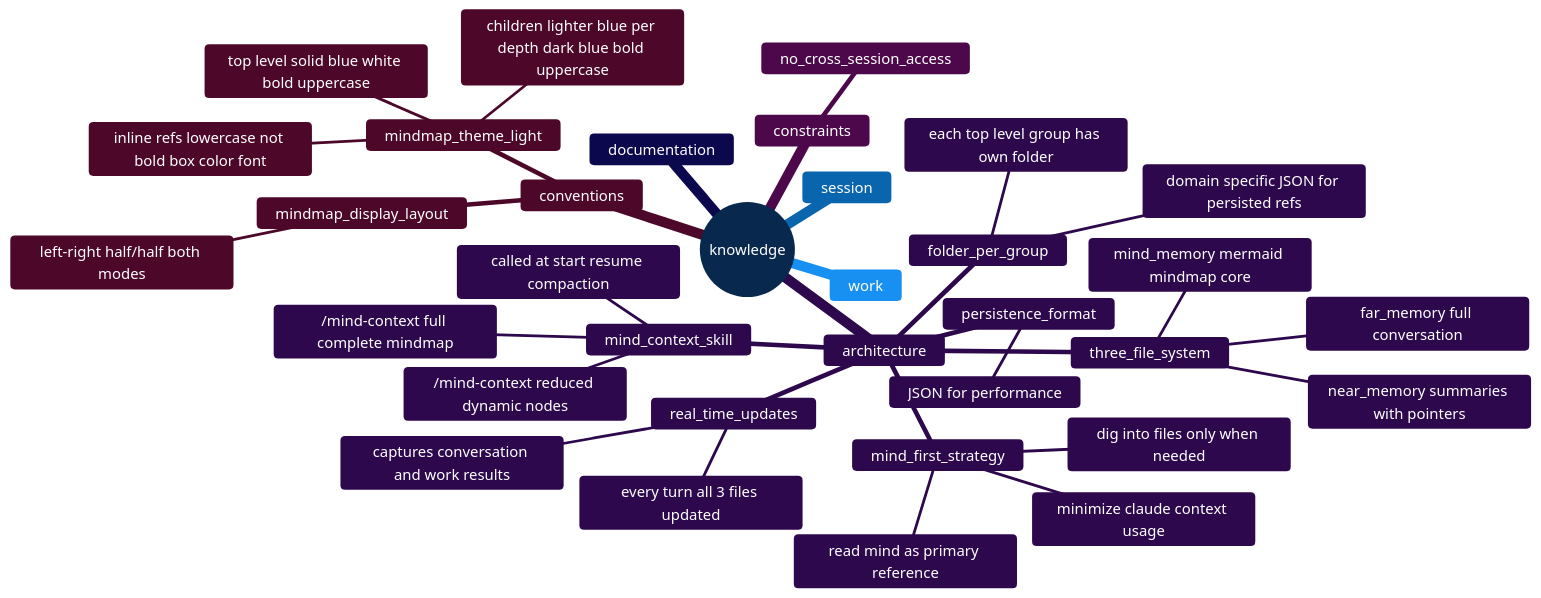
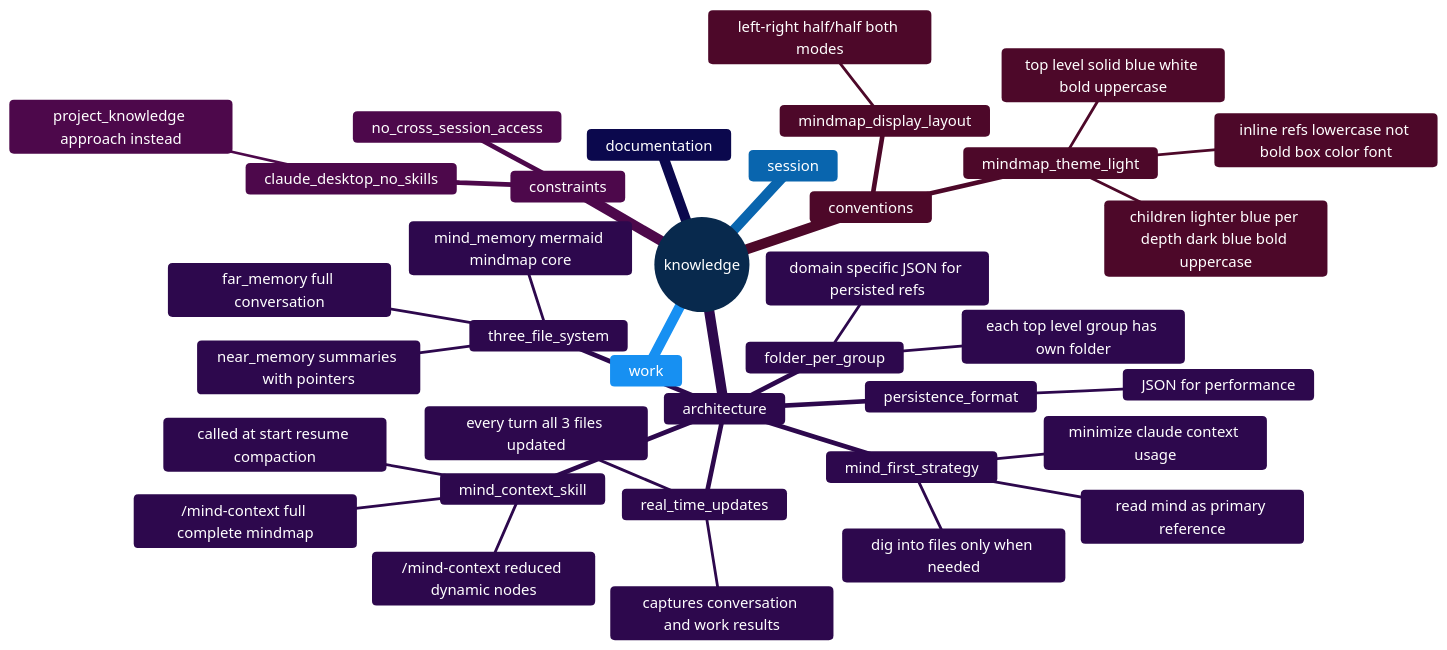
One commit to packetqc/K_DOCS changed the diagram in mind/mind_memory.md. Above: the diagram before and after it, drawn with Mermaid. The commit also changed 2 other files, not shown here.

Commit message:
update: memory sync — Claude Desktop conventions + constraints
- Confirmed light blue theme as convention for Claude Desktop output
- Added constraint: claude_desktop_no_skills (use project knowledge instead)
- Sync session memory through message 40

https://claude.ai/code/session_01Uk8EXhFhijzBM7HHgW5Yyp

````diff
--- a/mind/mind_memory.md
+++ b/mind/mind_memory.md
@@ -1,38 +1,40 @@
 ```mermaid
 %%{init: {'theme': 'base', 'themeVariables': { 'primaryColor': '#1565C0', 'primaryTextColor': '#FFFFFF', 'primaryBorderColor': '#0D47A1', 'secondaryColor': '#42A5F5', 'secondaryTextColor': '#0D47A1', 'tertiaryColor': '#90CAF9', 'tertiaryTextColor': '#0D47A1', 'noteBkgColor': '#BBDEFB', 'noteTextColor': '#0D47A1' }}}%%
 mindmap
   root((knowledge))
     session
     work
     documentation
     architecture
       persistence_format
         JSON for performance
       three_file_system
         far_memory full conversation
         near_memory summaries with pointers
         mind_memory mermaid mindmap core
       mind_first_strategy
         read mind as primary reference
         dig into files only when needed
         minimize claude context usage
       real_time_updates
         every turn all 3 files updated
         captures conversation and work results
       folder_per_group
         each top level group has own folder
         domain specific JSON for persisted refs
       mind_context_skill
         /mind-context reduced dynamic nodes
         /mind-context full complete mindmap
         called at start resume compaction
     constraints
       no_cross_session_access
+      claude_desktop_no_skills
+        project_knowledge approach instead
     conventions
       mindmap_display_layout
         left-right half/half both modes
       mindmap_theme_light
         top level solid blue white bold uppercase
         children lighter blue per depth dark blue bold uppercase
         inline refs lowercase not bold box color font
 ```
````
